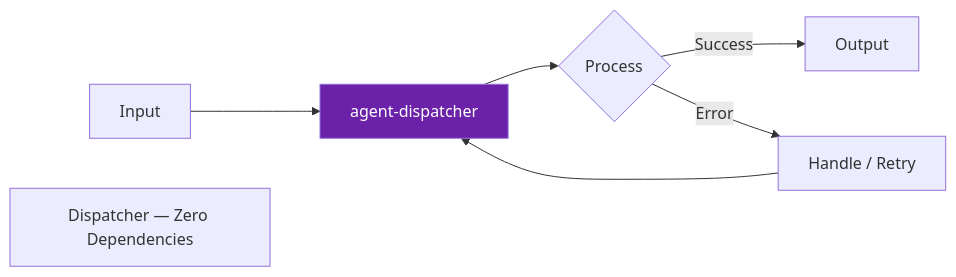
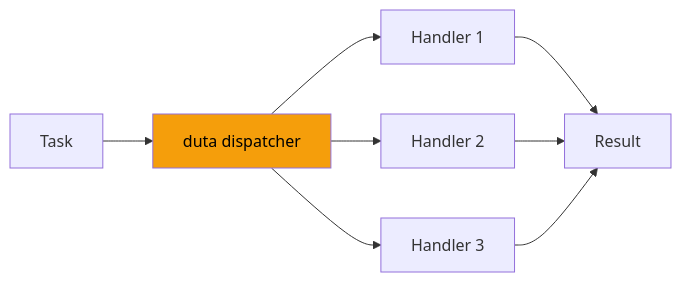
Before and after one commit to darshjme/duta: the diagram in README.md, drawn with Mermaid. The commit also changed other lines of this file and 1 other file, not shown here.

First line of the commit message:
feat(vedic-v3): rename to duta (दूत)

````diff
--- a/README.md
+++ b/README.md
@@ -48,10 +37,9 @@
 ```mermaid
 flowchart LR
-    A[Input] --> B[agent-dispatcher]
-    B --> C{Process}
-    C -- Success --> D[Output]
-    C -- Error --> E[Handle / Retry]
-    E --> B
-    style B fill:#6b21a8,color:#fff
-    note["Dispatcher — Zero Dependencies"]
+    A[Task] --> B[duta dispatcher]
+    B --> C[Handler 1]
+    B --> D[Handler 2]
+    B --> E[Handler 3]
+    C & D & E --> F[Result]
+    style B fill:#f59e0b,color:#000
 ```
````
